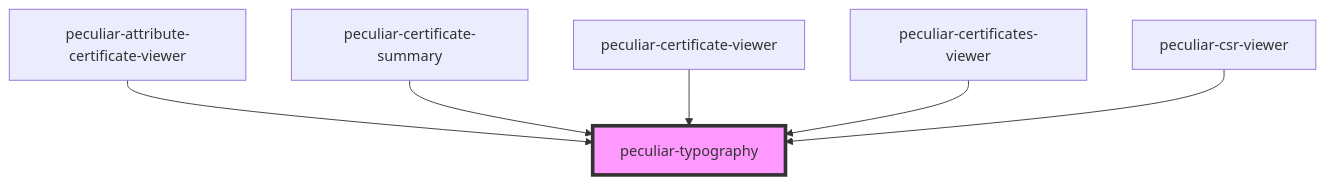
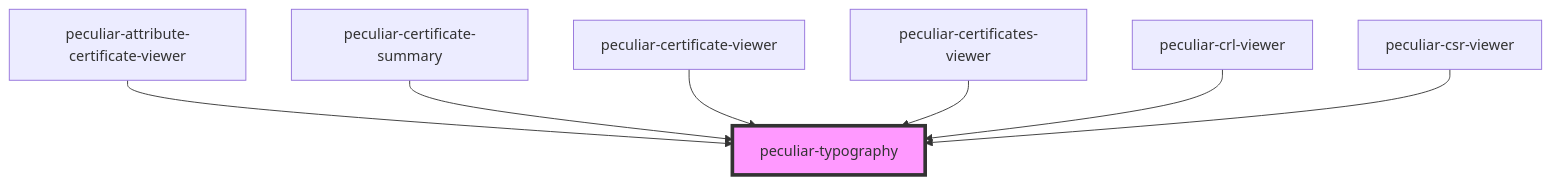
The diagram in packages/webcomponents/src/components/typography/readme.md (PeculiarVentures/pv-certificates-viewer), drawn with Mermaid before and after one commit. The commit also changed other lines of this file and 5 other files, not shown here.

````diff
--- a/packages/webcomponents/src/components/typography/readme.md
+++ b/packages/webcomponents/src/components/typography/readme.md
@@ -30,9 +31,10 @@
 ```mermaid
 graph TD;
   peculiar-attribute-certificate-viewer --> peculiar-typography
   peculiar-certificate-summary --> peculiar-typography
   peculiar-certificate-viewer --> peculiar-typography
   peculiar-certificates-viewer --> peculiar-typography
+  peculiar-crl-viewer --> peculiar-typography
   peculiar-csr-viewer --> peculiar-typography
   style peculiar-typography fill:#f9f,stroke:#333,stroke-width:4px
 ```
````
